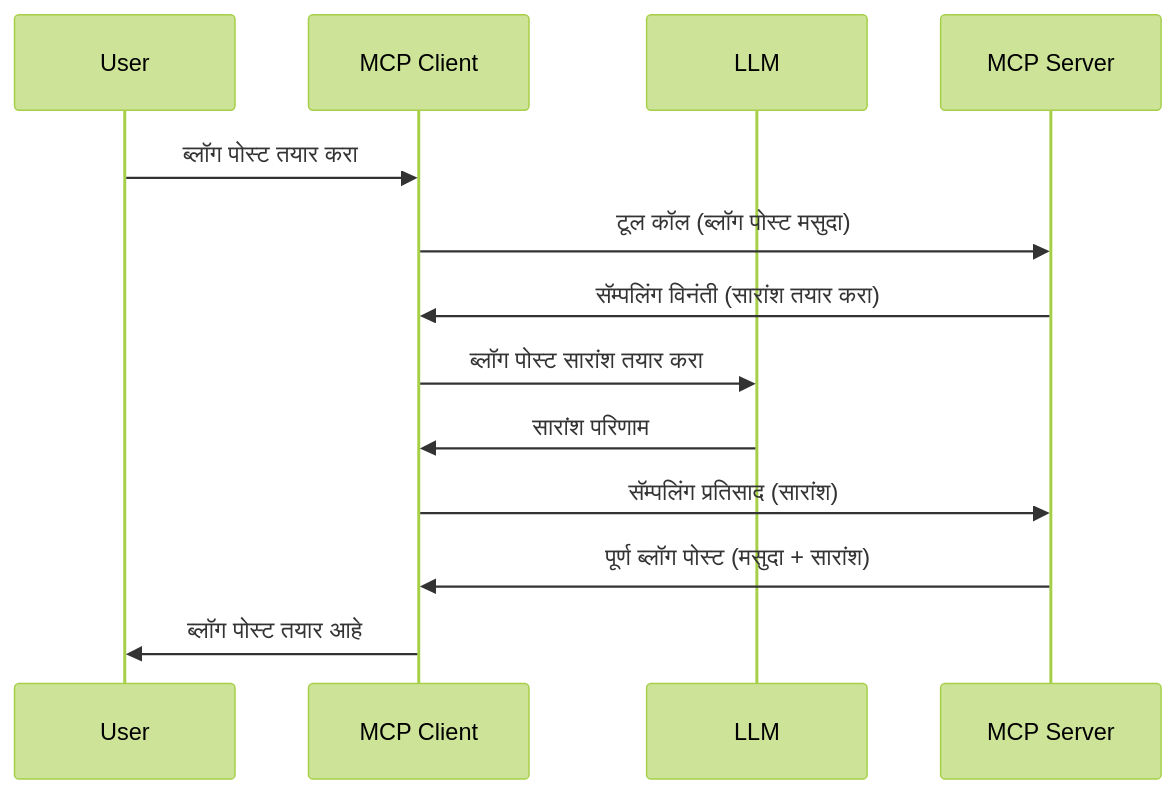
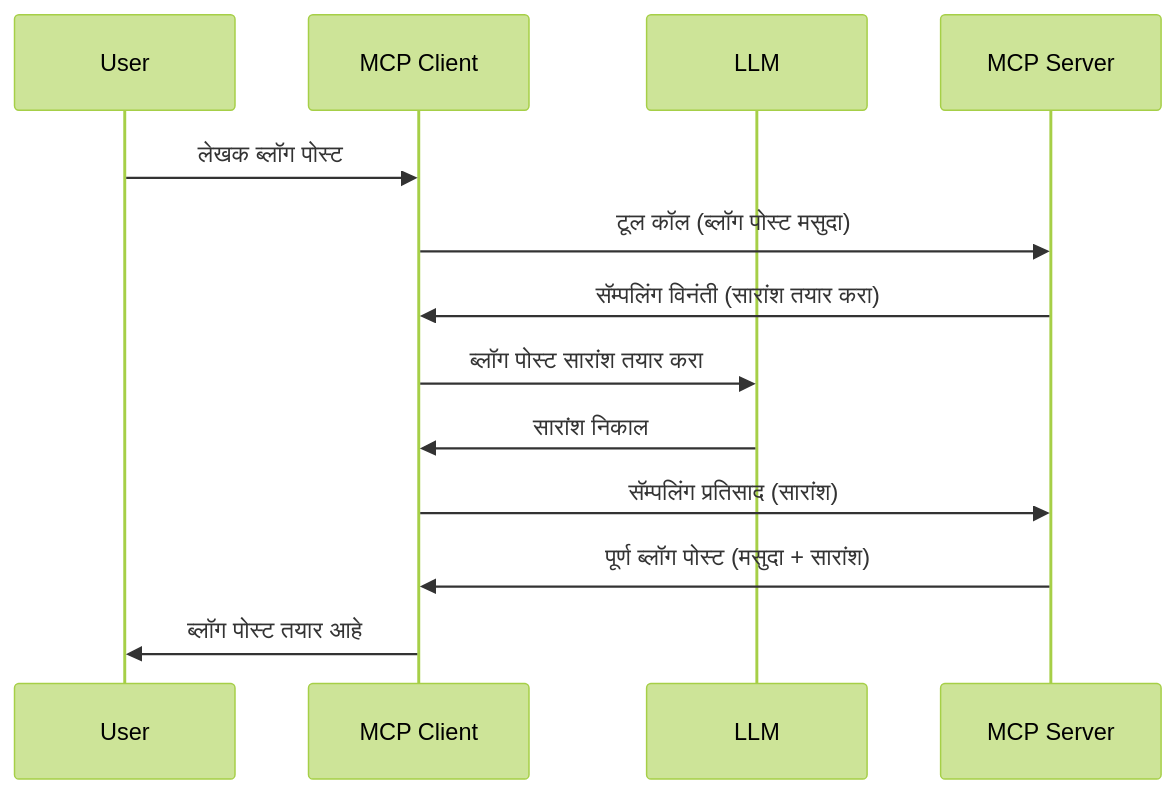
The diagram in mcp_ecosystem__model_context_protocol/mcp_learning_resources/mcp-for-beginners/translations/mr/03-GettingStarted/14-sampling/README.md (HIDORAKAI002/ai-workspace-archive), drawn with Mermaid (forest theme) before and after one commit. The commit also changed other lines of this file and 1539 other files, not shown here.

````diff
--- a/mcp_ecosystem__model_context_protocol/mcp_learning_resources/mcp-for-beginners/translations/mr/03-GettingStarted/14-sampling/README.md
+++ b/mcp_ecosystem__model_context_protocol/mcp_learning_resources/mcp-for-beginners/translations/mr/03-GettingStarted/14-sampling/README.md
@@ -23,16 +23,16 @@
 ```mermaid
 sequenceDiagram
     participant User
     participant MCP Client
     participant LLM
     participant MCP Server
 
-    User->>MCP Client: ब्लॉग पोस्ट तयार करा
+    User->>MCP Client: लेखक ब्लॉग पोस्ट
     MCP Client->>MCP Server: टूल कॉल (ब्लॉग पोस्ट मसुदा)
     MCP Server->>MCP Client: सॅम्पलिंग विनंती (सारांश तयार करा)
     MCP Client->>LLM: ब्लॉग पोस्ट सारांश तयार करा
-    LLM->>MCP Client: सारांश परिणाम
+    LLM->>MCP Client: सारांश निकाल
     MCP Client->>MCP Server: सॅम्पलिंग प्रतिसाद (सारांश)
     MCP Server->>MCP Client: पूर्ण ब्लॉग पोस्ट (मसुदा + सारांश)
     MCP Client->>User: ब्लॉग पोस्ट तयार आहे
 ```
````
